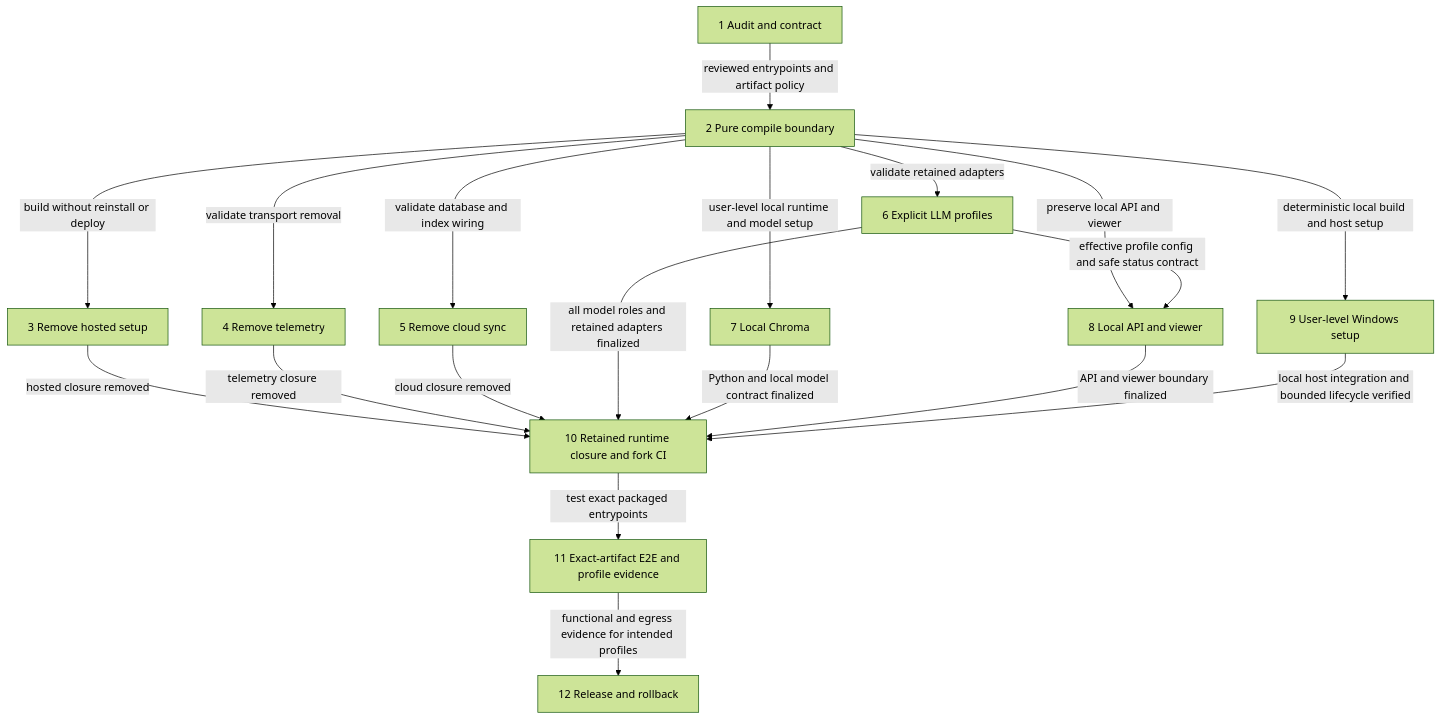
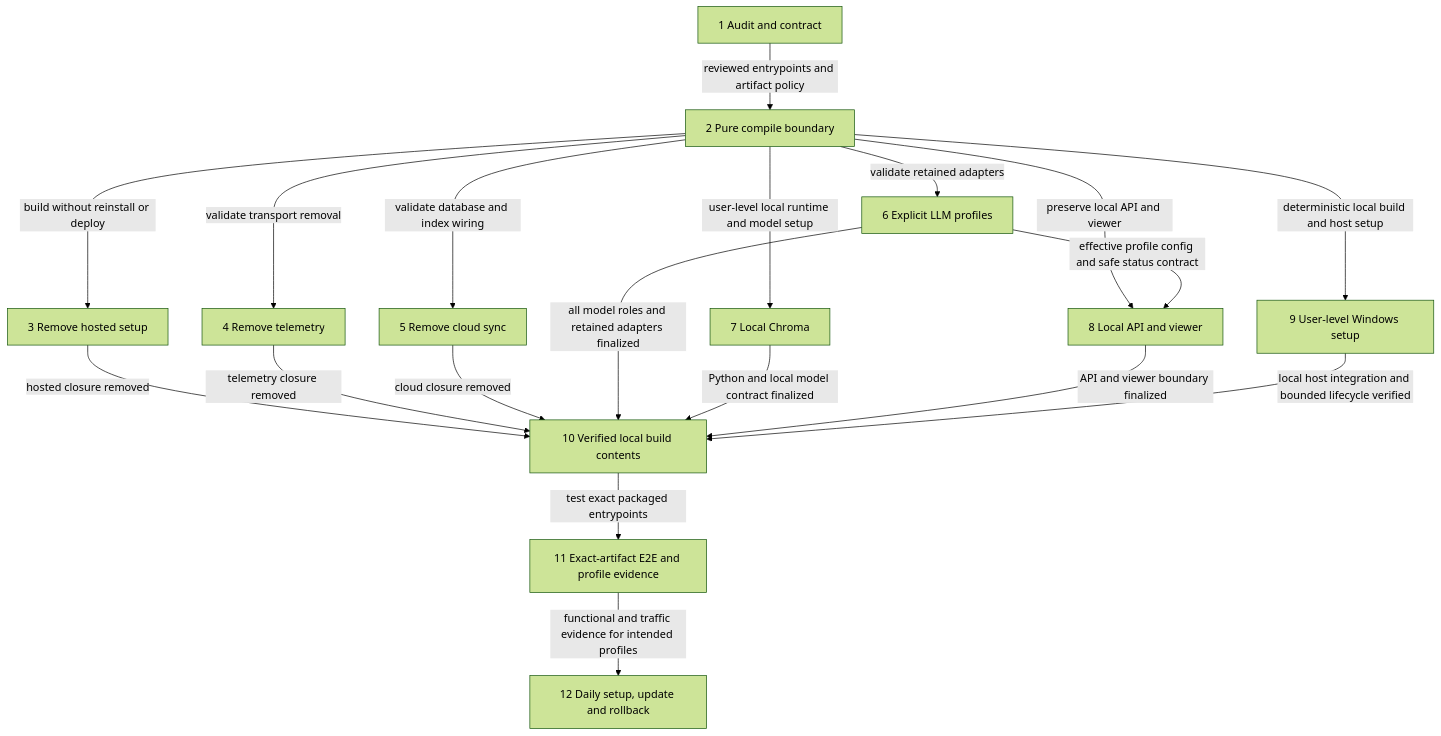
Before and after one commit to nick777977/cmem-custom: the diagram in docs/roadmap.md, drawn with Mermaid (forest theme). The commit also changed other lines of this file and 9 other files, not shown here.

```diff
--- a/docs/roadmap.md
+++ b/docs/roadmap.md
@@ -162,21 +168,21 @@
 ~~~mermaid
 flowchart TD
   s1["1 Audit and contract"] -->|reviewed entrypoints and artifact policy| s2["2 Pure compile boundary"]
   s2 -->|build without reinstall or deploy| s3["3 Remove hosted setup"]
   s2 -->|validate transport removal| s4["4 Remove telemetry"]
   s2 -->|validate database and index wiring| s5["5 Remove cloud sync"]
   s2 -->|validate retained adapters| s6["6 Explicit LLM profiles"]
   s2 -->|user-level local runtime and model setup| s7["7 Local Chroma"]
   s2 -->|preserve local API and viewer| s8["8 Local API and viewer"]
   s6 -->|effective profile config and safe status contract| s8
   s2 -->|deterministic local build and host setup| s9["9 User-level Windows setup"]
-  s3 -->|hosted closure removed| s10["10 Retained runtime closure and fork CI"]
+  s3 -->|hosted closure removed| s10["10 Verified local build contents"]
   s4 -->|telemetry closure removed| s10
   s5 -->|cloud closure removed| s10
   s6 -->|all model roles and retained adapters finalized| s10
   s7 -->|Python and local model contract finalized| s10
   s8 -->|API and viewer boundary finalized| s10
   s9 -->|local host integration and bounded lifecycle verified| s10
   s10 -->|test exact packaged entrypoints| s11["11 Exact-artifact E2E and profile evidence"]
-  s11 -->|functional and egress evidence for intended profiles| s12["12 Release and rollback"]
+  s11 -->|functional and traffic evidence for intended profiles| s12["12 Daily setup, update and rollback"]
 ~~~
```
